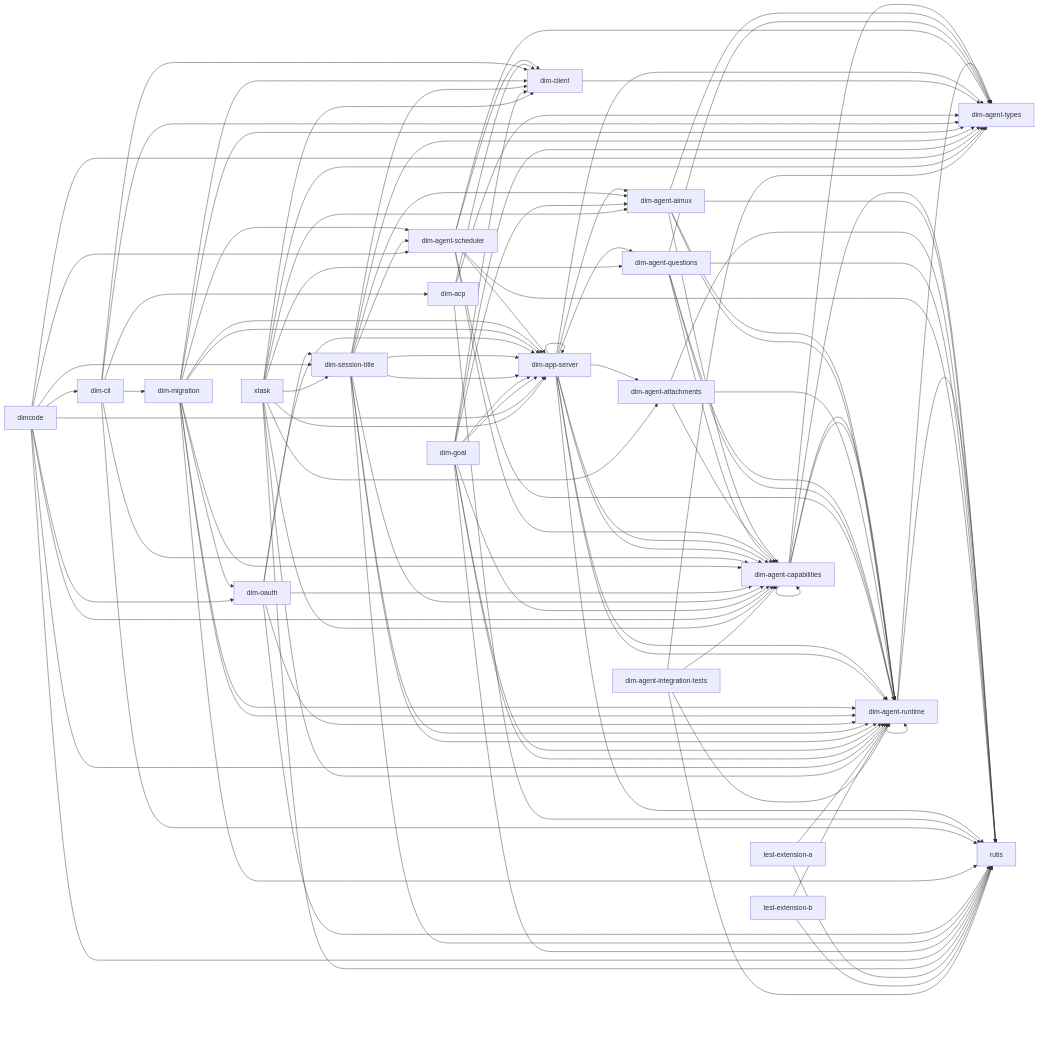
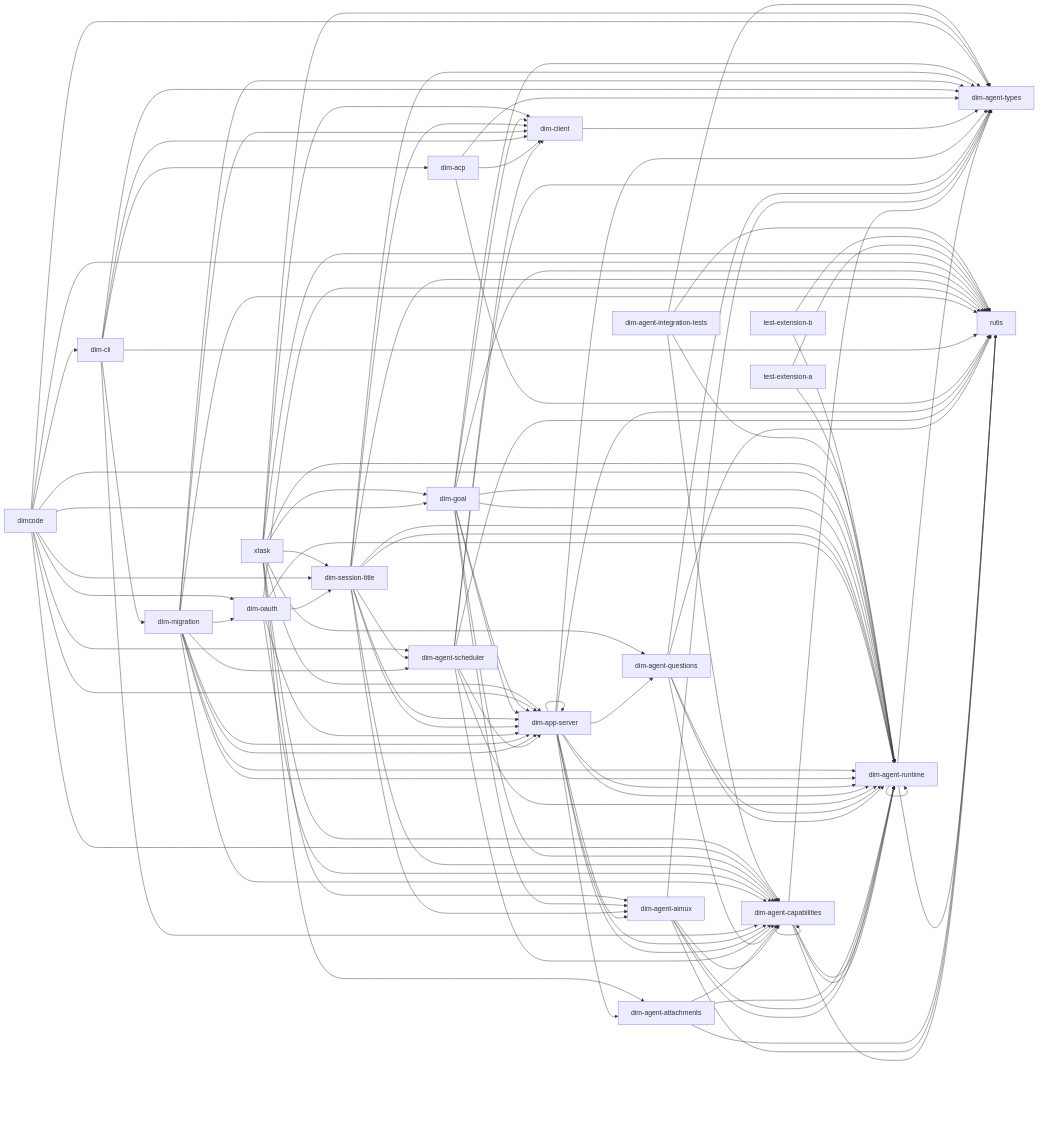
The diagram in docs/architecture/rust-agent/generated/crates.mmd (CoutinhoTTS/dim-agent), drawn with Mermaid before and after one commit. The commit also changed 12 other files, not shown here.

First line of the commit message:
feat(dimcode): install the native Goal in the product profile

```diff
--- a/docs/architecture/rust-agent/generated/crates.mmd
+++ b/docs/architecture/rust-agent/generated/crates.mmd
@@ -1,110 +1,112 @@
 %% Generated from cargo metadata; do not edit.
 flowchart LR
   dim_agent_runtime["dim-agent-runtime"] --> dim_agent_types["dim-agent-types"]
   dim_agent_runtime["dim-agent-runtime"] --> rutis["rutis"]
   dim_agent_runtime["dim-agent-runtime"] --> dim_agent_runtime["dim-agent-runtime"]
   dim_agent_capabilities["dim-agent-capabilities"] --> dim_agent_runtime["dim-agent-runtime"]
   dim_agent_capabilities["dim-agent-capabilities"] --> dim_agent_types["dim-agent-types"]
   dim_agent_capabilities["dim-agent-capabilities"] --> rutis["rutis"]
   dim_agent_capabilities["dim-agent-capabilities"] --> dim_agent_capabilities["dim-agent-capabilities"]
   dim_agent_capabilities["dim-agent-capabilities"] --> dim_agent_runtime["dim-agent-runtime"]
   dim_agent_aimux["dim-agent-aimux"] --> dim_agent_capabilities["dim-agent-capabilities"]
   dim_agent_aimux["dim-agent-aimux"] --> dim_agent_runtime["dim-agent-runtime"]
   dim_agent_aimux["dim-agent-aimux"] --> dim_agent_types["dim-agent-types"]
   dim_agent_aimux["dim-agent-aimux"] --> rutis["rutis"]
   dim_agent_aimux["dim-agent-aimux"] --> dim_agent_runtime["dim-agent-runtime"]
   dim_agent_attachments["dim-agent-attachments"] --> dim_agent_capabilities["dim-agent-capabilities"]
   dim_agent_attachments["dim-agent-attachments"] --> dim_agent_runtime["dim-agent-runtime"]
   dim_agent_attachments["dim-agent-attachments"] --> rutis["rutis"]
   dim_agent_questions["dim-agent-questions"] --> dim_agent_capabilities["dim-agent-capabilities"]
   dim_agent_questions["dim-agent-questions"] --> dim_agent_runtime["dim-agent-runtime"]
   dim_agent_questions["dim-agent-questions"] --> dim_agent_types["dim-agent-types"]
   dim_agent_questions["dim-agent-questions"] --> rutis["rutis"]
   dim_agent_questions["dim-agent-questions"] --> dim_agent_runtime["dim-agent-runtime"]
   dim_agent_scheduler["dim-agent-scheduler"] --> dim_agent_capabilities["dim-agent-capabilities"]
   dim_agent_scheduler["dim-agent-scheduler"] --> dim_agent_runtime["dim-agent-runtime"]
   dim_agent_scheduler["dim-agent-scheduler"] --> dim_agent_types["dim-agent-types"]
   dim_agent_scheduler["dim-agent-scheduler"] --> dim_app_server["dim-app-server"]
   dim_agent_scheduler["dim-agent-scheduler"] --> rutis["rutis"]
   dim_agent_scheduler["dim-agent-scheduler"] --> dim_client["dim-client"]
   dim_app_server["dim-app-server"] --> dim_agent_aimux["dim-agent-aimux"]
   dim_app_server["dim-app-server"] --> dim_agent_attachments["dim-agent-attachments"]
   dim_app_server["dim-app-server"] --> dim_agent_capabilities["dim-agent-capabilities"]
   dim_app_server["dim-app-server"] --> dim_agent_questions["dim-agent-questions"]
   dim_app_server["dim-app-server"] --> dim_agent_runtime["dim-agent-runtime"]
   dim_app_server["dim-app-server"] --> dim_agent_types["dim-agent-types"]
   dim_app_server["dim-app-server"] --> rutis["rutis"]
   dim_app_server["dim-app-server"] --> dim_agent_capabilities["dim-agent-capabilities"]
   dim_app_server["dim-app-server"] --> dim_agent_runtime["dim-agent-runtime"]
   dim_app_server["dim-app-server"] --> dim_app_server["dim-app-server"]
   dim_client["dim-client"] --> dim_agent_types["dim-agent-types"]
   dim_acp["dim-acp"] --> dim_agent_types["dim-agent-types"]
   dim_acp["dim-acp"] --> dim_client["dim-client"]
   dim_acp["dim-acp"] --> rutis["rutis"]
   dim_cli["dim-cli"] --> dim_acp["dim-acp"]
   dim_cli["dim-cli"] --> dim_agent_capabilities["dim-agent-capabilities"]
   dim_cli["dim-cli"] --> dim_agent_types["dim-agent-types"]
   dim_cli["dim-cli"] --> dim_client["dim-client"]
   dim_cli["dim-cli"] --> dim_migration["dim-migration"]
   dim_cli["dim-cli"] --> rutis["rutis"]
   dim_migration["dim-migration"] --> dim_agent_capabilities["dim-agent-capabilities"]
   dim_migration["dim-migration"] --> dim_agent_runtime["dim-agent-runtime"]
   dim_migration["dim-migration"] --> dim_agent_types["dim-agent-types"]
   dim_migration["dim-migration"] --> dim_app_server["dim-app-server"]
   dim_migration["dim-migration"] --> rutis["rutis"]
   dim_migration["dim-migration"] --> dim_agent_runtime["dim-agent-runtime"]
   dim_migration["dim-migration"] --> dim_agent_scheduler["dim-agent-scheduler"]
   dim_migration["dim-migration"] --> dim_app_server["dim-app-server"]
   dim_migration["dim-migration"] --> dim_client["dim-client"]
   dim_migration["dim-migration"] --> dim_oauth["dim-oauth"]
   dim_oauth["dim-oauth"] --> dim_agent_capabilities["dim-agent-capabilities"]
   dim_oauth["dim-oauth"] --> dim_agent_runtime["dim-agent-runtime"]
   dim_oauth["dim-oauth"] --> dim_app_server["dim-app-server"]
   dim_oauth["dim-oauth"] --> dim_session_title["dim-session-title"]
   dim_oauth["dim-oauth"] --> rutis["rutis"]
   dim_session_title["dim-session-title"] --> dim_agent_capabilities["dim-agent-capabilities"]
   dim_session_title["dim-session-title"] --> dim_agent_runtime["dim-agent-runtime"]
   dim_session_title["dim-session-title"] --> dim_agent_types["dim-agent-types"]
   dim_session_title["dim-session-title"] --> dim_app_server["dim-app-server"]
   dim_session_title["dim-session-title"] --> rutis["rutis"]
   dim_session_title["dim-session-title"] --> dim_agent_aimux["dim-agent-aimux"]
   dim_session_title["dim-session-title"] --> dim_agent_runtime["dim-agent-runtime"]
   dim_session_title["dim-session-title"] --> dim_agent_scheduler["dim-agent-scheduler"]
   dim_session_title["dim-session-title"] --> dim_app_server["dim-app-server"]
   dim_session_title["dim-session-title"] --> dim_client["dim-client"]
   dim_goal["dim-goal"] --> dim_agent_capabilities["dim-agent-capabilities"]
   dim_goal["dim-goal"] --> dim_agent_runtime["dim-agent-runtime"]
   dim_goal["dim-goal"] --> dim_agent_types["dim-agent-types"]
   dim_goal["dim-goal"] --> dim_app_server["dim-app-server"]
   dim_goal["dim-goal"] --> rutis["rutis"]
   dim_goal["dim-goal"] --> dim_agent_aimux["dim-agent-aimux"]
   dim_goal["dim-goal"] --> dim_agent_runtime["dim-agent-runtime"]
   dim_goal["dim-goal"] --> dim_app_server["dim-app-server"]
   dim_goal["dim-goal"] --> dim_client["dim-client"]
   dimcode["dimcode"] --> dim_agent_runtime["dim-agent-runtime"]
   dimcode["dimcode"] --> dim_agent_scheduler["dim-agent-scheduler"]
   dimcode["dimcode"] --> dim_app_server["dim-app-server"]
   dimcode["dimcode"] --> dim_cli["dim-cli"]
+  dimcode["dimcode"] --> dim_goal["dim-goal"]
   dimcode["dimcode"] --> dim_oauth["dim-oauth"]
   dimcode["dimcode"] --> dim_session_title["dim-session-title"]
   dimcode["dimcode"] --> dim_agent_capabilities["dim-agent-capabilities"]
   dimcode["dimcode"] --> dim_agent_types["dim-agent-types"]
   dimcode["dimcode"] --> rutis["rutis"]
   xtask["xtask"] --> dim_agent_aimux["dim-agent-aimux"]
   xtask["xtask"] --> dim_agent_attachments["dim-agent-attachments"]
   xtask["xtask"] --> dim_agent_capabilities["dim-agent-capabilities"]
   xtask["xtask"] --> dim_agent_questions["dim-agent-questions"]
   xtask["xtask"] --> dim_agent_runtime["dim-agent-runtime"]
   xtask["xtask"] --> dim_agent_types["dim-agent-types"]
   xtask["xtask"] --> dim_app_server["dim-app-server"]
   xtask["xtask"] --> dim_client["dim-client"]
+  xtask["xtask"] --> dim_goal["dim-goal"]
   xtask["xtask"] --> dim_session_title["dim-session-title"]
   xtask["xtask"] --> rutis["rutis"]
   test_extension_a["test-extension-a"] --> dim_agent_runtime["dim-agent-runtime"]
   test_extension_a["test-extension-a"] --> rutis["rutis"]
   test_extension_b["test-extension-b"] --> dim_agent_runtime["dim-agent-runtime"]
   test_extension_b["test-extension-b"] --> rutis["rutis"]
   dim_agent_integration_tests["dim-agent-integration-tests"] --> dim_agent_capabilities["dim-agent-capabilities"]
   dim_agent_integration_tests["dim-agent-integration-tests"] --> dim_agent_runtime["dim-agent-runtime"]
   dim_agent_integration_tests["dim-agent-integration-tests"] --> dim_agent_types["dim-agent-types"]
   dim_agent_integration_tests["dim-agent-integration-tests"] --> rutis["rutis"]
```
